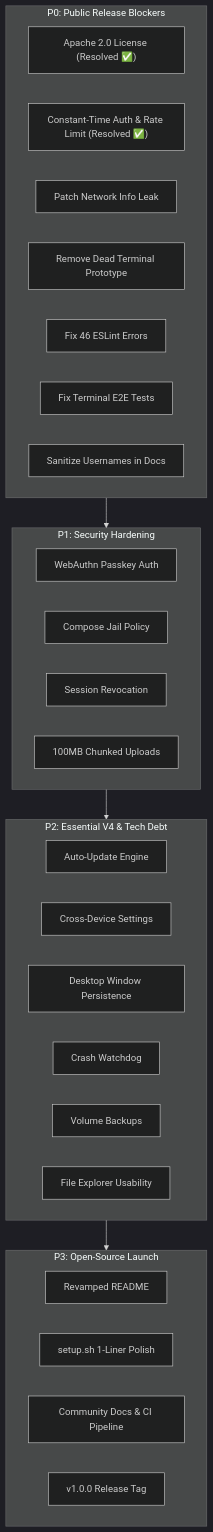
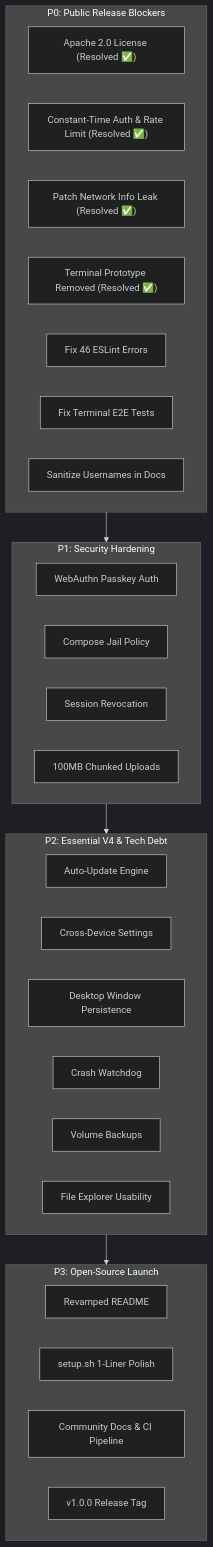
The diagram in docs/launch_changes.md (Cypher0071/Home_Cloud), drawn with Mermaid (dark theme) before and after one commit. The commit also changed other lines of this file and 2 other files, not shown here.

Commit message:
refactor(dashboard): remove obsolete standalone terminal prototype

````diff
--- a/docs/launch_changes.md
+++ b/docs/launch_changes.md
@@ -276,39 +268,39 @@
 ```mermaid
 flowchart TD
     subgraph P0["P0: Public Release Blockers"]
         L["Apache 2.0 License (Resolved ✅)"]
         A["Constant-Time Auth & Rate Limit (Resolved ✅)"]
-        N[Patch Network Info Leak]
-        T[Remove Dead Terminal Prototype]
+        N["Patch Network Info Leak (Resolved ✅)"]
+        T["Terminal Prototype Removed (Resolved ✅)"]
         E[Fix 46 ESLint Errors]
         TS[Fix Terminal E2E Tests]
         S[Sanitize Usernames in Docs]
     end
 
     subgraph P1["P1: Security Hardening"]
         W[WebAuthn Passkey Auth]
         J[Compose Jail Policy]
         R[Session Revocation]
         U[100MB Chunked Uploads]
     end
 
     subgraph P2["P2: Essential V4 & Tech Debt"]
         AU[Auto-Update Engine]
         SP[Cross-Device Settings]
         WP[Desktop Window Persistence]
         CW[Crash Watchdog]
         BK[Volume Backups]
         FE[File Explorer Usability]
     end
 
     subgraph P3["P3: Open-Source Launch"]
         RM[Revamped README]
         ST[setup.sh 1-Liner Polish]
         GH[Community Docs & CI Pipeline]
         REL[v1.0.0 Release Tag]
     end
 
     P0 --> P1
     P1 --> P2
     P2 --> P3
 ```
````
